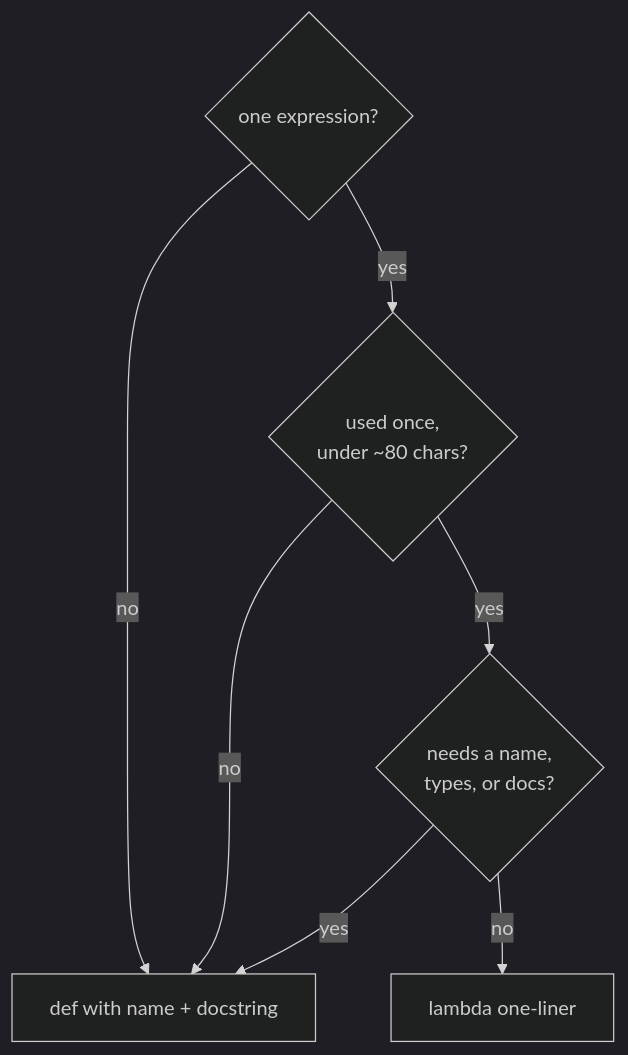
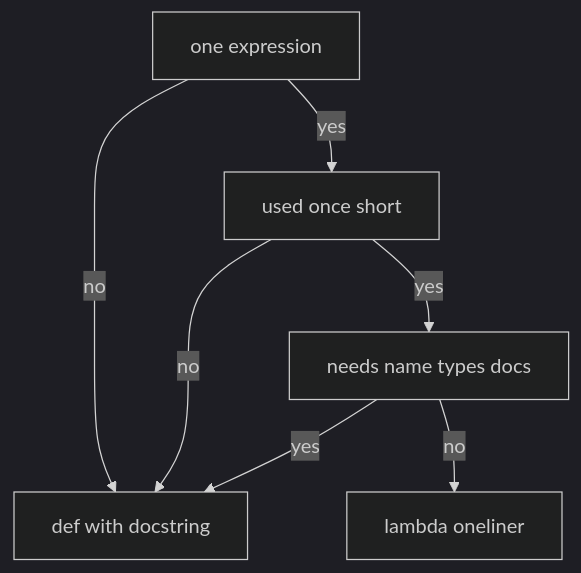
One commit to AslamNazeerShaikh/Python-Material changed the first of 2 diagrams in docs/learning/06-lambda-iife.md. Above: the diagram before and after it, drawn with Mermaid (dark theme). The commit also changed other lines of this file and 16 other files, not shown here.

Commit message:
docs(learning): rebuild all mermaid in safe subset

````diff
--- a/docs/learning/06-lambda-iife.md
+++ b/docs/learning/06-lambda-iife.md
@@ -54,14 +54,14 @@
 ```mermaid
 flowchart TD
-    Q1{"one expression?"}
-    Q2{"used once,<br/>under ~80 chars?"}
-    Q3{"needs a name,<br/>types, or docs?"}
-    LAMBDA["lambda one-liner"]
-    DEF["def with name + docstring"]
-    Q1 -->|"no"| DEF
-    Q1 -->|"yes"| Q2
-    Q2 -->|"no"| DEF
-    Q2 -->|"yes"| Q3
-    Q3 -->|"yes"| DEF
-    Q3 -->|"no"| LAMBDA
+    Q1[one expression]
+    Q2[used once short]
+    Q3[needs name types docs]
+    LAMBDA[lambda oneliner]
+    DEF[def with docstring]
+    Q1 -->|no| DEF
+    Q1 -->|yes| Q2
+    Q2 -->|no| DEF
+    Q2 -->|yes| Q3
+    Q3 -->|yes| DEF
+    Q3 -->|no| LAMBDA
 ```
````
